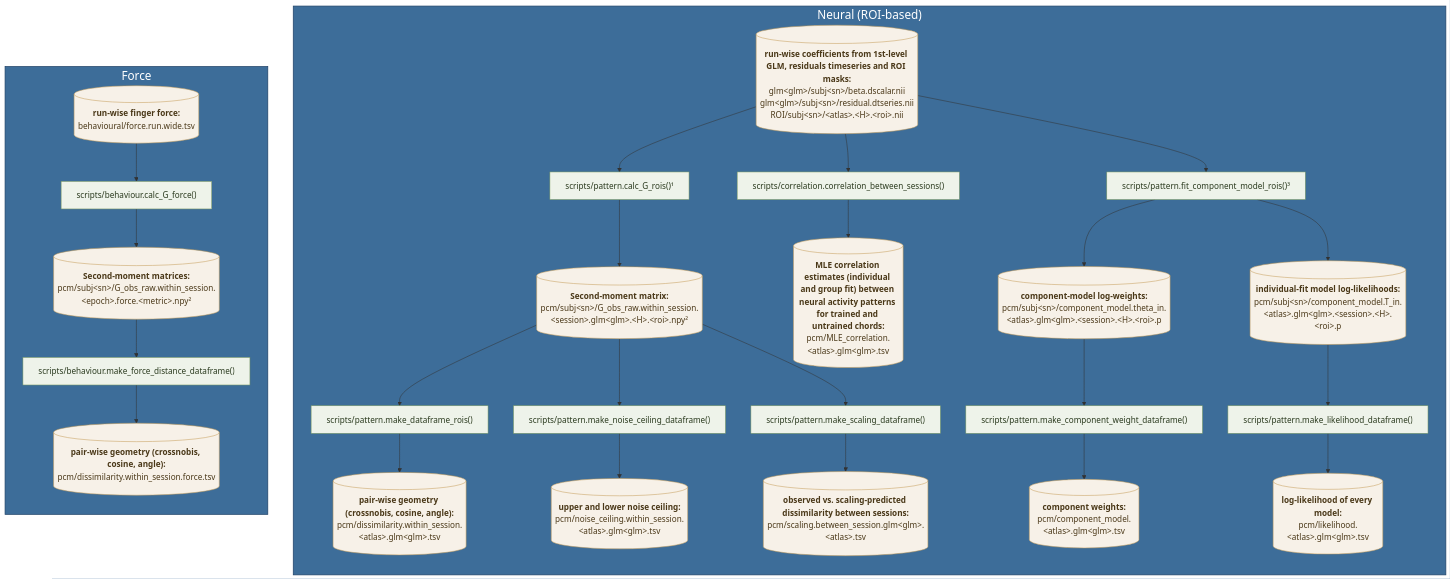
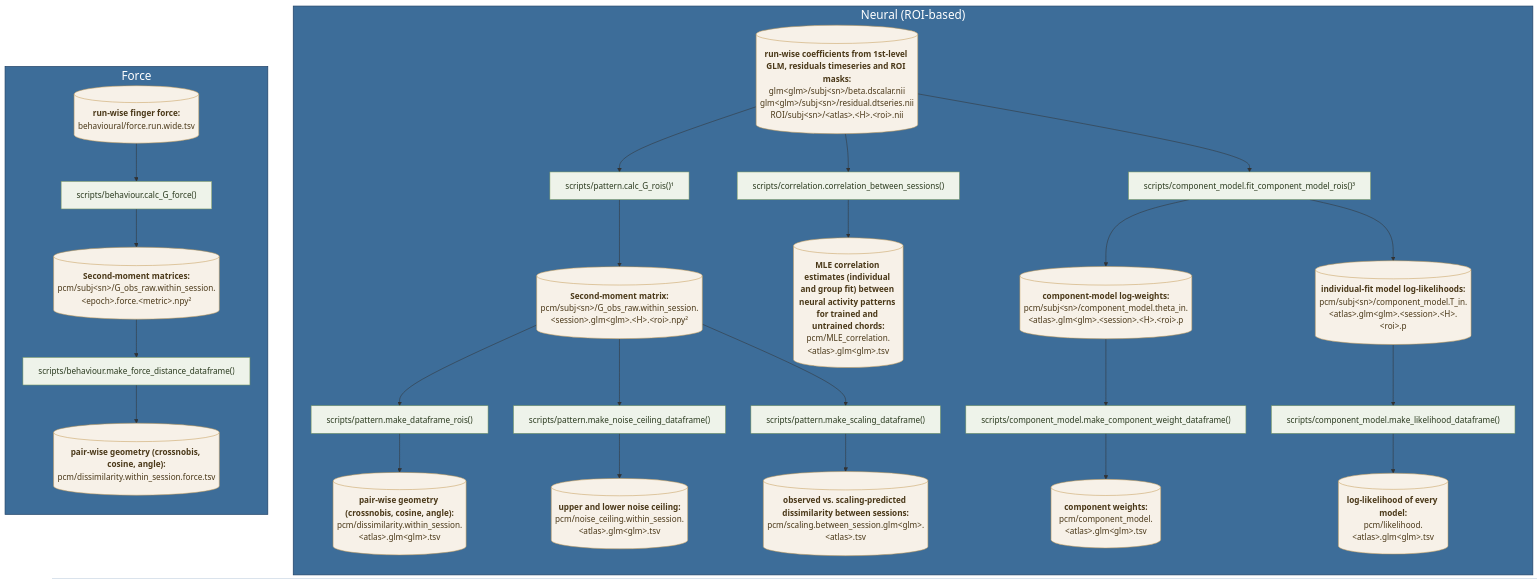
The fourth of 4 diagrams in README.md (mnlmrc/EFC_learningfMRI), drawn with Mermaid before and after one commit. The commit also changed 37 other files, not shown here.

````diff
--- a/README.md
+++ b/README.md
@@ -320,76 +320,76 @@
 ```mermaid
 flowchart TB
     subgraph NEURAL ["Neural (ROI-based)"]
         direction TB
         NBETA[("<b>run-wise coefficients from 1st-level GLM, residuals timeseries and ROI masks:</b><br/>glm#lt;glm#gt;/subj#lt;sn#gt;/beta.dscalar.nii<br/>glm#lt;glm#gt;/subj#lt;sn#gt;/residual.dtseries.nii<br/>ROI/subj#lt;sn#gt;/#lt;atlas#gt;.#lt;H#gt;.#lt;roi#gt;.nii")]:::data
 
         P_GROIS["scripts/pattern.calc_G_rois()¹"]:::code
         GROIS[("<b>Second-moment matrix:</b><br/>pcm/subj#lt;sn#gt;/G_obs_raw.within_session.#lt;session#gt;.glm#lt;glm#gt;.#lt;H#gt;.#lt;roi#gt;.npy²")]:::data
 
         P_DFROIS["scripts/pattern.make_dataframe_rois()"]:::code
         DFROIS[("<b>pair-wise geometry (crossnobis, cosine, angle):</b><br/>pcm/dissimilarity.within_session.#lt;atlas#gt;.glm#lt;glm#gt;.tsv")]:::data
 
         P_NC["scripts/pattern.make_noise_ceiling_dataframe()"]:::code
         NC[("<b>upper and lower noise ceiling:</b><br/>pcm/noise_ceiling.within_session.#lt;atlas#gt;.glm#lt;glm#gt;.tsv")]:::data
 
         P_SCALE["scripts/pattern.make_scaling_dataframe()"]:::code
         SCALE[("<b>observed vs. scaling-predicted dissimilarity between sessions:</b><br/>pcm/scaling.between_session.glm#lt;glm#gt;.#lt;atlas#gt;.tsv")]:::data
 
         P_CORR["scripts/correlation.correlation_between_sessions()"]:::code
         CORRMLE[("<b>MLE correlation estimates (individual and group fit) between neural activity patterns for trained and untrained chords:</b><br/>pcm/MLE_correlation.#lt;atlas#gt;.glm#lt;glm#gt;.tsv")]:::data
     %% CORRXVAL[("<b>cross-validated across-session cosine:</b><br/>pcm/xval_correlation.#lt;atlas#gt;.glm#lt;glm#gt;.tsv")]:::data
     %% CORRCOV[("<b>across-session cov per session-pair and chord set:</b><br/>pcm/cov.corr_across_sess.glm#lt;glm#gt;.#lt;spair#gt;.#lt;chord#gt;.#lt;H#gt;.#lt;roi#gt;.npy")]:::data
 
-        P_CFIT["scripts/pattern.fit_component_model_rois()³"]:::code
+        P_CFIT["scripts/component_model.fit_component_model_rois()³"]:::code
         CTHETA[("<b>component-model log-weights:</b><br/>pcm/subj#lt;sn#gt;/component_model.theta_in.#lt;atlas#gt;.glm#lt;glm#gt;.#lt;session#gt;.#lt;H#gt;.#lt;roi#gt;.p")]:::data
 
-        P_CSUM["scripts/pattern.make_component_weight_dataframe()"]:::code
+        P_CSUM["scripts/component_model.make_component_weight_dataframe()"]:::code
         CMODEL[("<b>component weights:</b><br/>pcm/component_model.#lt;atlas#gt;.glm#lt;glm#gt;.tsv")]:::data
 
         CTIN[("<b>individual-fit model log-likelihoods:</b><br/>pcm/subj#lt;sn#gt;/component_model.T_in.#lt;atlas#gt;.glm#lt;glm#gt;.#lt;session#gt;.#lt;H#gt;.#lt;roi#gt;.p")]:::data
 
-        P_LIKE["scripts/pattern.make_likelihood_dataframe()"]:::code
+        P_LIKE["scripts/component_model.make_likelihood_dataframe()"]:::code
         LIKE[("<b>log-likelihood of every model:</b><br/>pcm/likelihood.#lt;atlas#gt;.glm#lt;glm#gt;.tsv")]:::data
 
         NBETA --> P_GROIS
         P_GROIS --> GROIS
         GROIS --> P_DFROIS
         P_DFROIS --> DFROIS
         GROIS --> P_NC
         P_NC --> NC
         GROIS --> P_SCALE
         P_SCALE --> SCALE
         NBETA --> P_CORR
         P_CORR --> CORRMLE
     %% P_CORR --> CORRXVAL
     %% P_CORR --> CORRCOV
         NBETA --> P_CFIT
         P_CFIT --> CTHETA
         CTHETA --> P_CSUM
         P_CSUM --> CMODEL
         P_CFIT --> CTIN
         CTIN --> P_LIKE
         P_LIKE --> LIKE
     end
 
     subgraph FORCE ["Force"]
         direction TB
         FRUN[("<b>run-wise finger force:</b><br/>behavioural/force.run.wide.tsv")]:::data
 
         P_GFORCE["scripts/behaviour.calc_G_force()"]:::code
         GFORCE[("<b>Second-moment matrices:</b><br/>pcm/subj#lt;sn#gt;/G_obs_raw.within_session.#lt;epoch#gt;.force.#lt;metric#gt;.npy²")]:::data
 
         P_DFFORCE["scripts/behaviour.make_force_distance_dataframe()"]:::code
         DFFORCE[("<b>pair-wise geometry (crossnobis, cosine, angle):</b><br/>pcm/dissimilarity.within_session.force.tsv")]:::data
 
         FRUN --> P_GFORCE
         P_GFORCE --> GFORCE
         GFORCE --> P_DFFORCE
         P_DFFORCE --> DFFORCE
     end
 
     classDef code  fill:#eef3ea,stroke:#7a9a5f,color:#2a3a1e;
     classDef data  fill:#f7f1e8,stroke:#c39b56,color:#4a3818;
     classDef group fill:#3d6d99,stroke:#22456b,stroke-width:1.5px,color:#ffffff, font-size:23px;
     class NEURAL,FORCE group;
 ```
````
